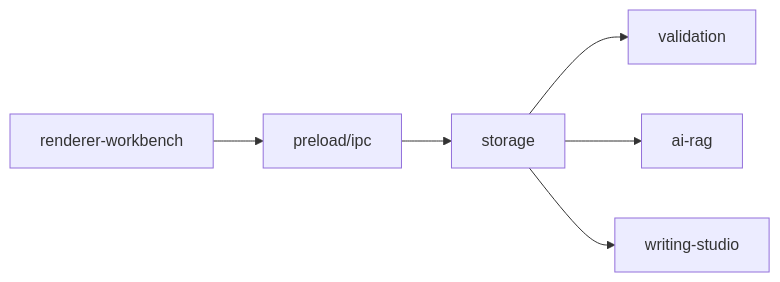
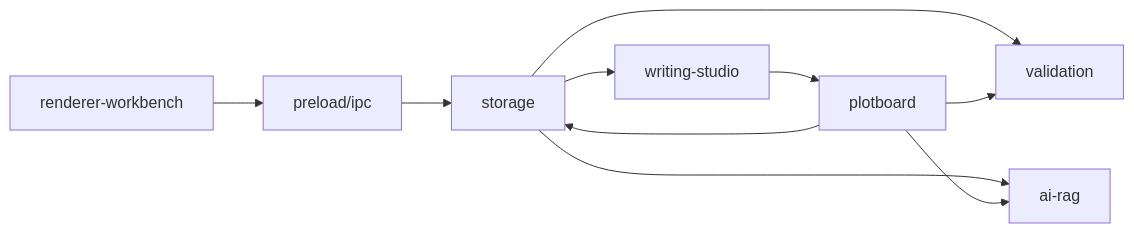
One commit to superwyq/HetuSketch changed the diagram in docs/40-modules/README.md. Above: the diagram before and after it, drawn with Mermaid. The commit also changed other lines of this file and 57 other files, not shown here.

````diff
--- a/docs/40-modules/README.md
+++ b/docs/40-modules/README.md
@@ -5,8 +5,12 @@
 ```mermaid
 flowchart LR
   Workbench[renderer-workbench] --> IPC[preload/ipc]
   IPC --> Storage[storage]
   Storage --> Validation[validation]
   Storage --> AIRAG[ai-rag]
   Storage --> Writing[writing-studio]
+  Writing --> Plotboard[plotboard]
+  Plotboard --> Storage
+  Plotboard --> Validation
+  Plotboard --> AIRAG
 ```
````
